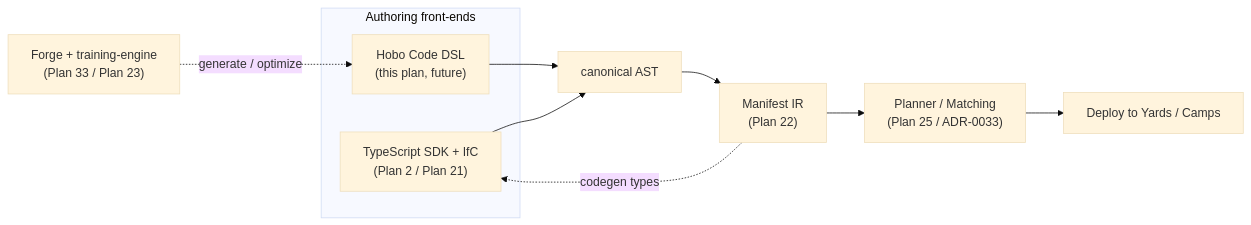
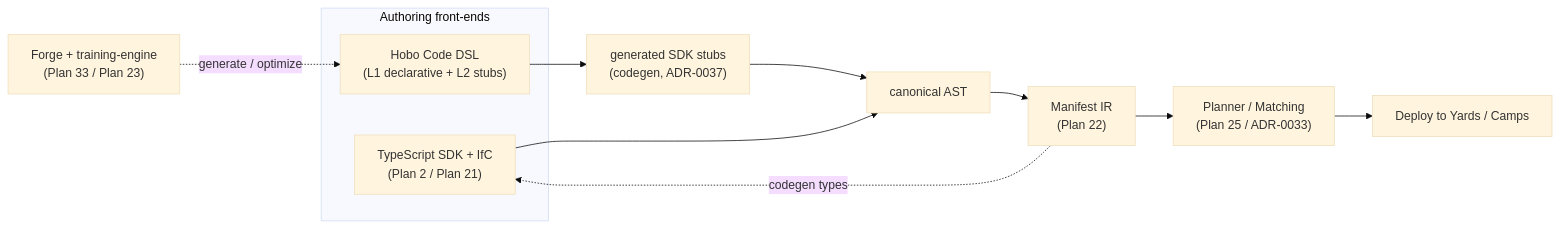
Before and after one commit to Tyler-R-Kendrick/HoBo: the second of 2 diagrams in docs/design/authoring-resources-wiring.md, drawn with Mermaid (base theme). The commit also changed other lines of this file and 22 other files, not shown here.

````diff
--- a/docs/design/authoring-resources-wiring.md
+++ b/docs/design/authoring-resources-wiring.md
@@ -264,14 +271,15 @@
 ```mermaid
 flowchart LR
   subgraph FE["Authoring front-ends"]
     TS["TypeScript SDK + IfC<br/>(Plan 2 / Plan 21)"]
-    HC["Hobo Code DSL<br/>(this plan, future)"]
+    HC["Hobo Code DSL<br/>(L1 declarative + L2 stubs)"]
   end
-  HC --> AST["canonical AST"]
+  HC --> STUB["generated SDK stubs<br/>(codegen, ADR-0037)"]
+  STUB --> AST["canonical AST"]
   TS --> AST
   AST --> IR["Manifest IR<br/>(Plan 22)"]
   IR --> PLAN["Planner / Matching<br/>(Plan 25 / ADR-0033)"]
   PLAN --> DEPLOY["Deploy to Yards / Camps"]
   FORGE["Forge + training-engine<br/>(Plan 33 / Plan 23)"] -.generate / optimize.-> HC
   IR -.codegen types.-> TS
 ```
````
